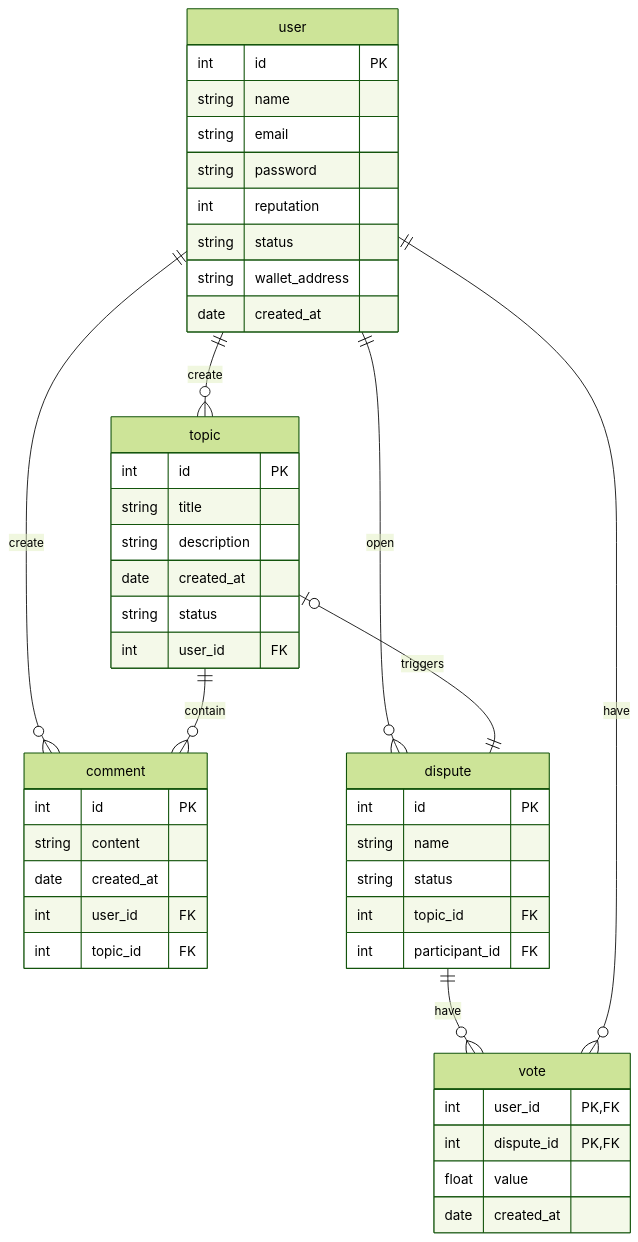
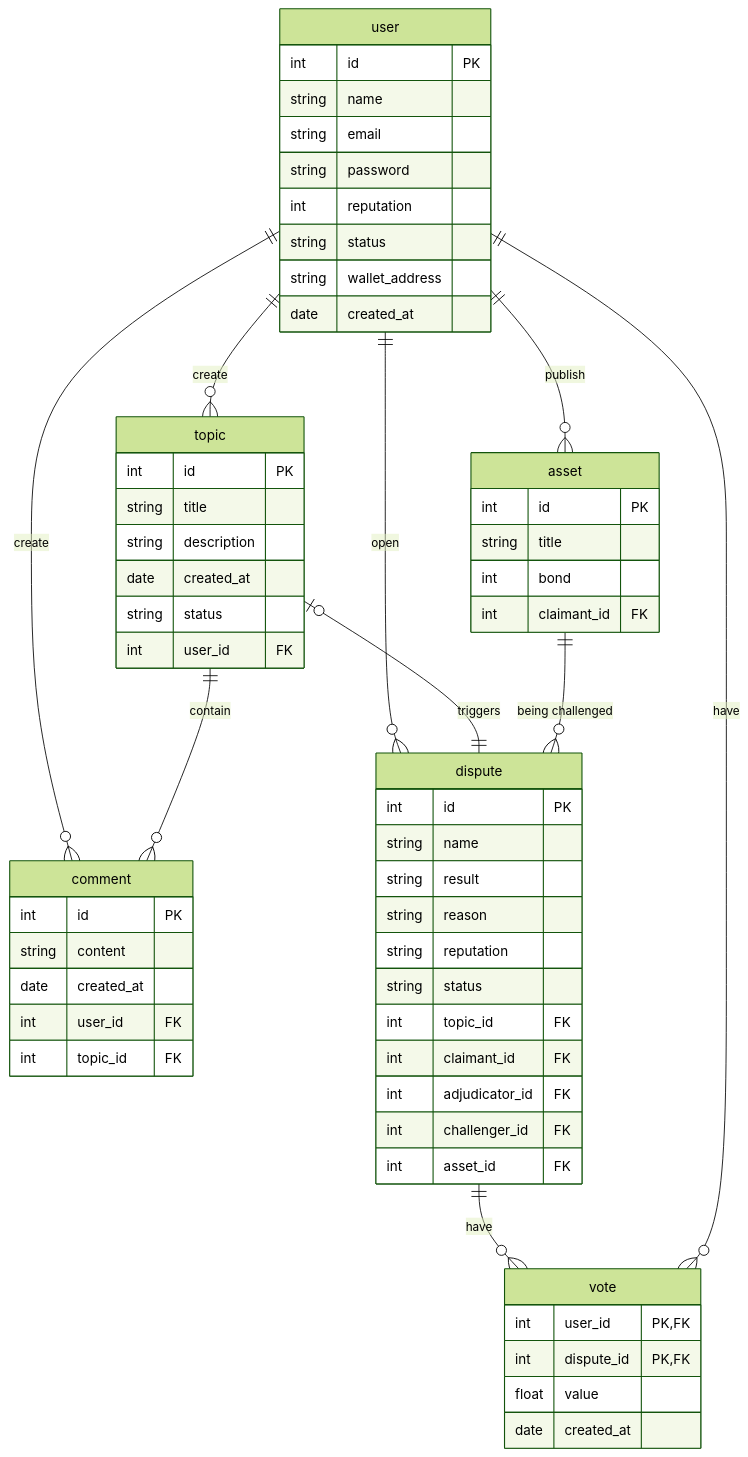
The diagram in notes/ERD.md (doyouwantto2/prototype), drawn with Mermaid (forest theme) before and after one commit.

Commit message:
update: add asset table

````diff
--- a/notes/ERD.md
+++ b/notes/ERD.md
@@ -1,53 +1,68 @@
 ```mermaid
 erDiagram
     user ||--o{ topic : create
     user ||--o{ comment : create
     topic ||--o{ comment : contain
     user ||--o{ dispute : open
     topic |o--|| dispute : triggers
     dispute ||--o{ vote : have
     user ||--o{ vote : have
+    asset ||--o{ dispute : "being challenged"
+    user ||--o{ asset : publish
 
     user {
         int id PK
         string name
         string email
         string password
         int reputation
         string status
         string wallet_address
         date created_at
     }
 
     topic {
         int id PK
         string title
         string description
         date created_at
         string status
         int user_id FK
     }
 
     comment {
         int id PK
         string content
         date created_at
         int user_id FK
         int topic_id FK
     }
 
+    asset {
+        int id PK
+        string title
+        int bond
+        int claimant_id FK
+    }
+
     dispute {
         int id PK
         string name
+        string result
+        string reason
+        string reputation
         string status
         int topic_id FK
-        int participant_id FK
+        int claimant_id FK
+        int adjudicator_id FK
+        int challenger_id FK
+        int asset_id FK
     }
 
     vote {
         int user_id "PK,FK"
         int dispute_id "PK,FK"
         float value
         date created_at
     }
 ```
````
